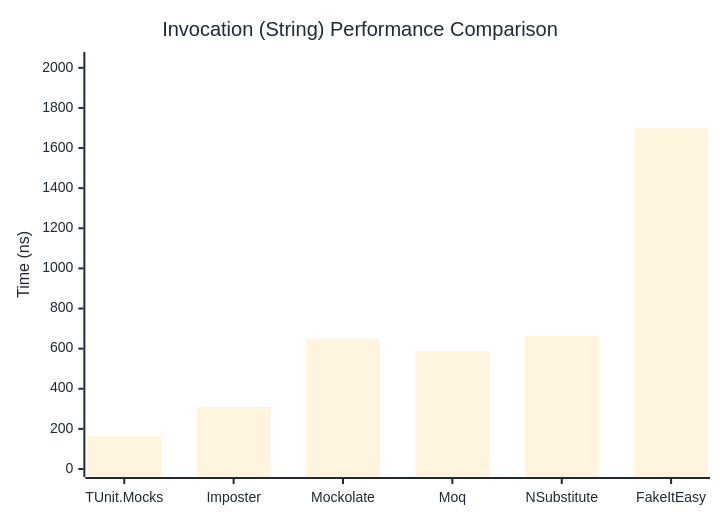
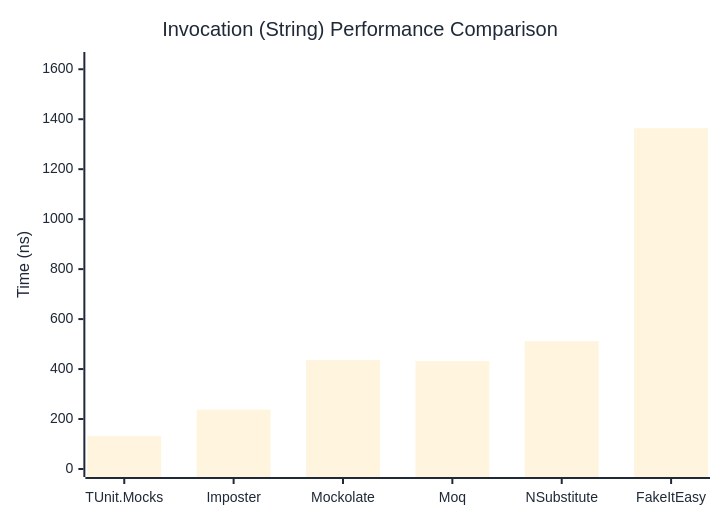
The second of 3 diagrams in docs/docs/benchmarks/mocks/Invocation.md (thomhurst/TUnit), drawn with Mermaid before and after one commit. The commit also changed other lines of this file and 14 other files, not shown here.

````diff
--- a/docs/docs/benchmarks/mocks/Invocation.md
+++ b/docs/docs/benchmarks/mocks/Invocation.md
@@ -69,27 +69,27 @@
 ```mermaid
 %%{init: {
   'theme':'base',
   'themeVariables': {
     'primaryColor': '#2563eb',
     'primaryTextColor': '#1f2937',
     'primaryBorderColor': '#1e40af',
     'lineColor': '#6b7280',
     'secondaryColor': '#7c3aed',
     'tertiaryColor': '#dc2626',
     'background': '#ffffff',
     'pie1': '#2563eb',
     'pie2': '#7c3aed',
     'pie3': '#dc2626',
     'pie4': '#f59e0b',
     'pie5': '#10b981',
     'pie6': '#06b6d4',
     'pie7': '#ec4899',
     'pie8': '#6366f1'
   }
 }}%%
 xychart-beta
   title "Invocation (String) Performance Comparison"
   x-axis ["TUnit.Mocks", "Imposter", "Mockolate", "Moq", "NSubstitute", "FakeItEasy"]
-  y-axis "Time (ns)" 0 --> 2039
-  bar [163.9, 309.7, 648.5, 588.2, 664.4, 1698.6]
+  y-axis "Time (ns)" 0 --> 1637
+  bar [131.5, 237.6, 435.6, 432.2, 511.4, 1364.1]
 ```
````
